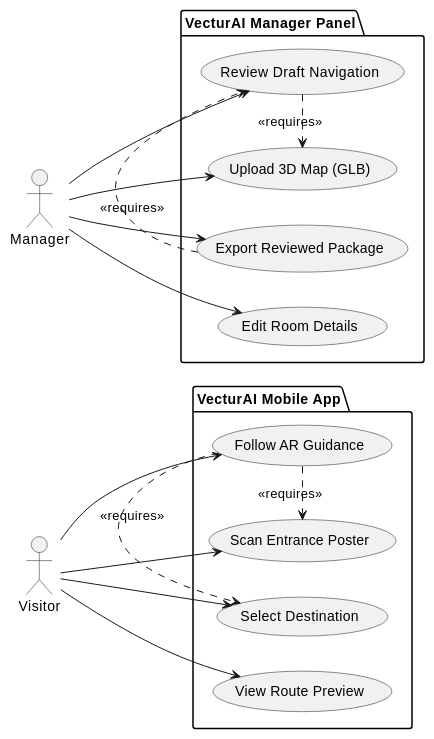
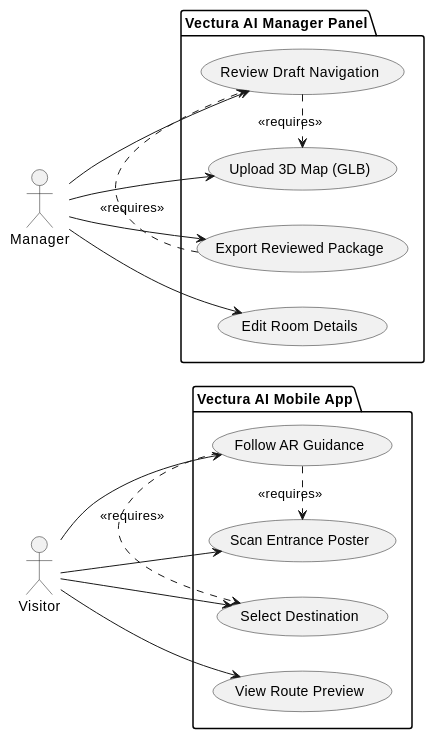
One commit to ahmetfurkankizil/indoornav changed the second of 5 diagrams in DIAGRAMS.md. Above: the diagram before and after it, drawn with PlantUML. The commit also changed other lines of this file and 557 other files, not shown here.

Commit message:
feat: expand navigation architecture, admin tools, and codebase documentation across multi-platform components

````diff
--- a/DIAGRAMS.md
+++ b/DIAGRAMS.md
@@ -54,37 +54,37 @@
 ```plantuml
 @startuml
 left to right direction
 
 actor "Visitor" as Visitor
 actor "Manager" as Manager
 
-package "VecturAI Mobile App" {
+package "Vectura AI Mobile App" {
   usecase "Scan Entrance Poster" as UC1
   usecase "Select Destination" as UC2
   usecase "View Route Preview" as UC3
   usecase "Follow AR Guidance" as UC4
 }
 
-package "VecturAI Manager Panel" {
+package "Vectura AI Manager Panel" {
   usecase "Upload 3D Map (GLB)" as UC5
   usecase "Review Draft Navigation" as UC6
   usecase "Edit Room Details" as UC7
   usecase "Export Reviewed Package" as UC8
 }
 
 Visitor --> UC1
 Visitor --> UC2
 Visitor --> UC3
 Visitor --> UC4
 
 Manager --> UC5
 Manager --> UC6
 Manager --> UC7
 Manager --> UC8
 
 UC4 .> UC1 : <<requires>>
 UC4 .> UC2 : <<requires>>
 UC6 .> UC5 : <<requires>>
 UC8 .> UC6 : <<requires>>
 @enduml
 ```
````
